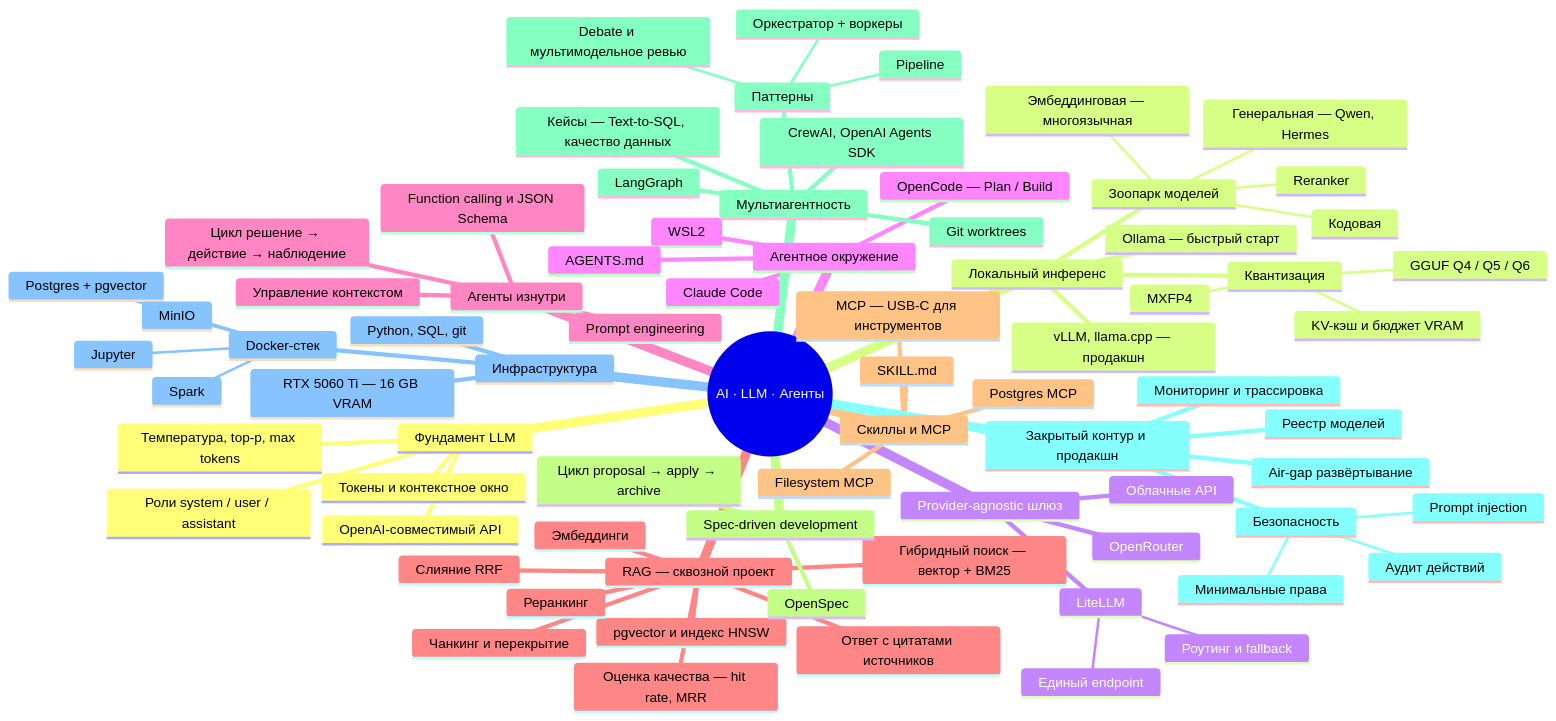
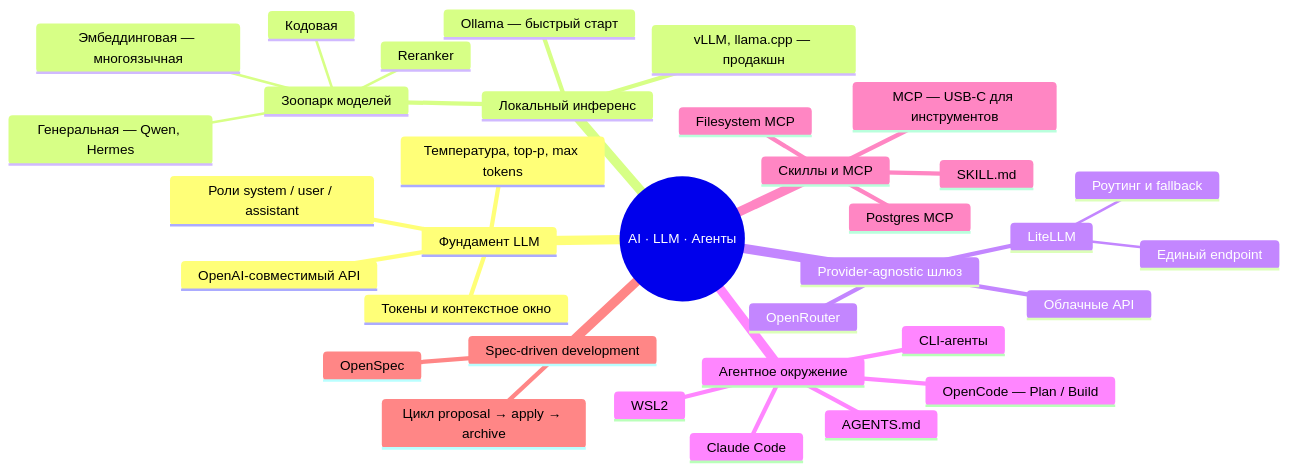
The diagram in notes/markdown/learning_plan_mindmap.md (mustdayker/ai_projects), drawn with Mermaid before and after one commit.

````diff
--- a/notes/markdown/learning_plan_mindmap.md
+++ b/notes/markdown/learning_plan_mindmap.md
@@ -1,79 +1,37 @@
 ```mermaid
 mindmap
   root((AI · LLM · Агенты))
     Фундамент LLM
       Токены и контекстное окно
       Температура, top-p, max tokens
       Роли system / user / assistant
       OpenAI-совместимый API
     Локальный инференс
       Ollama — быстрый старт
       vLLM, llama.cpp — продакшн
-      Квантизация
-        GGUF Q4 / Q5 / Q6
-        MXFP4
-        KV-кэш и бюджет VRAM
       Зоопарк моделей
         Генеральная — Qwen, Hermes
         Кодовая
         Эмбеддинговая — многоязычная
         Reranker
     Provider-agnostic шлюз
       LiteLLM
         Единый endpoint
         Роутинг и fallback
       Облачные API
       OpenRouter
     Агентное окружение
+      CLI-агенты
       WSL2
       OpenCode — Plan / Build
       Claude Code
       AGENTS.md
-    Агенты изнутри
-      Цикл решение → действие → наблюдение
-      Function calling и JSON Schema
-      Управление контекстом
-      Prompt engineering
-    RAG — сквозной проект
-      Эмбеддинги
-      Чанкинг и перекрытие
-      pgvector и индекс HNSW
-      Гибридный поиск — вектор + BM25
-      Слияние RRF
-      Реранкинг
-      Ответ с цитатами источников
-      Оценка качества — hit rate, MRR
     Скиллы и MCP
       SKILL.md
       MCP — USB-C для инструментов
       Postgres MCP
       Filesystem MCP
     Spec-driven development
       OpenSpec
       Цикл proposal → apply → archive
-    Мультиагентность
-      Паттерны
-        Оркестратор + воркеры
-        Pipeline
-        Debate и мультимодельное ревью
-      LangGraph
-      CrewAI, OpenAI Agents SDK
-      Git worktrees
-      Кейсы — Text-to-SQL, качество данных
-    Закрытый контур и продакшн
-      Air-gap развёртывание
-      Безопасность
-        Prompt injection
-        Минимальные права
-        Аудит действий
-      Мониторинг и трассировка
-      Реестр моделей
-    Инфраструктура
-      Docker-стек
-        Postgres + pgvector
-        MinIO
-        Jupyter
-        Spark
-      RTX 5060 Ti — 16 GB VRAM
-      Python, SQL, git
 ```
````
